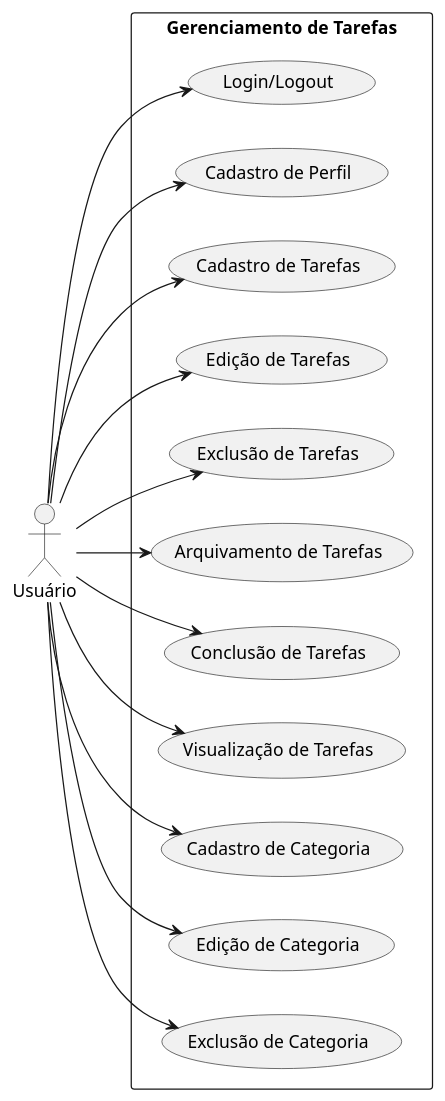
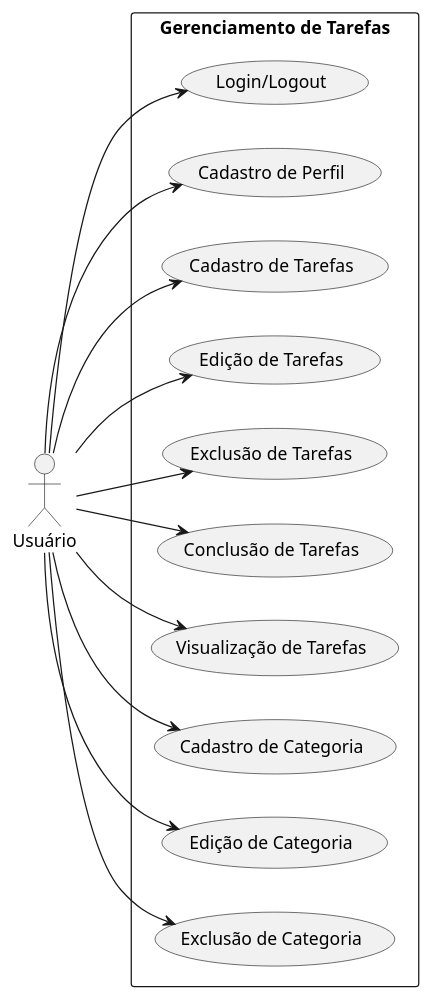
The diagram in Documentação/casodeuso.plantuml (rrafaelcerqueira/PROJETO_DISCIPLINAR_2SEM_DSM_ES2), drawn with PlantUML before and after one commit. The commit also changed 15 other files, not shown here.

```diff
--- a/Documentação/casodeuso.plantuml
+++ b/Documentação/casodeuso.plantuml
@@ -1,34 +1,32 @@
 @startuml Gerenciamento de Tarefas
 
 
 left to right direction
 :Usuário: as u
 rectangle "Gerenciamento de Tarefas"{
     usecase "Login/Logout" as UC1
     usecase "Cadastro de Perfil" as UC2
     usecase "Cadastro de Tarefas" as UC3
     usecase "Edição de Tarefas" as UC4
     usecase "Exclusão de Tarefas" as UC5
-    usecase "Arquivamento de Tarefas" as UC6
     usecase "Conclusão de Tarefas" as UC7
     usecase "Visualização de Tarefas" as UC8
     usecase "Cadastro de Categoria" as UC9
     usecase "Edição de Categoria" as UC10
     usecase "Exclusão de Categoria" as UC11
 }   
 
 u --> UC1
 u --> UC2
 u --> UC3
 u --> UC4
 u --> UC5
-u --> UC6
 u --> UC7
 u --> UC8
 u --> UC9
 u --> UC10
 u --> UC11
 
 
 
 @enduml
```
